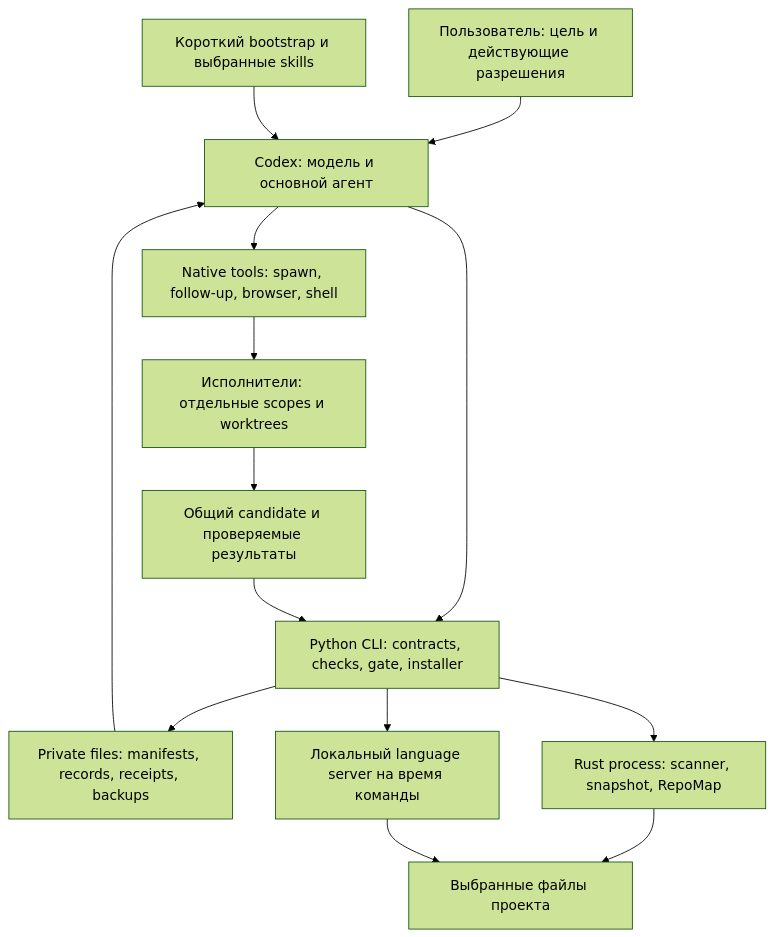
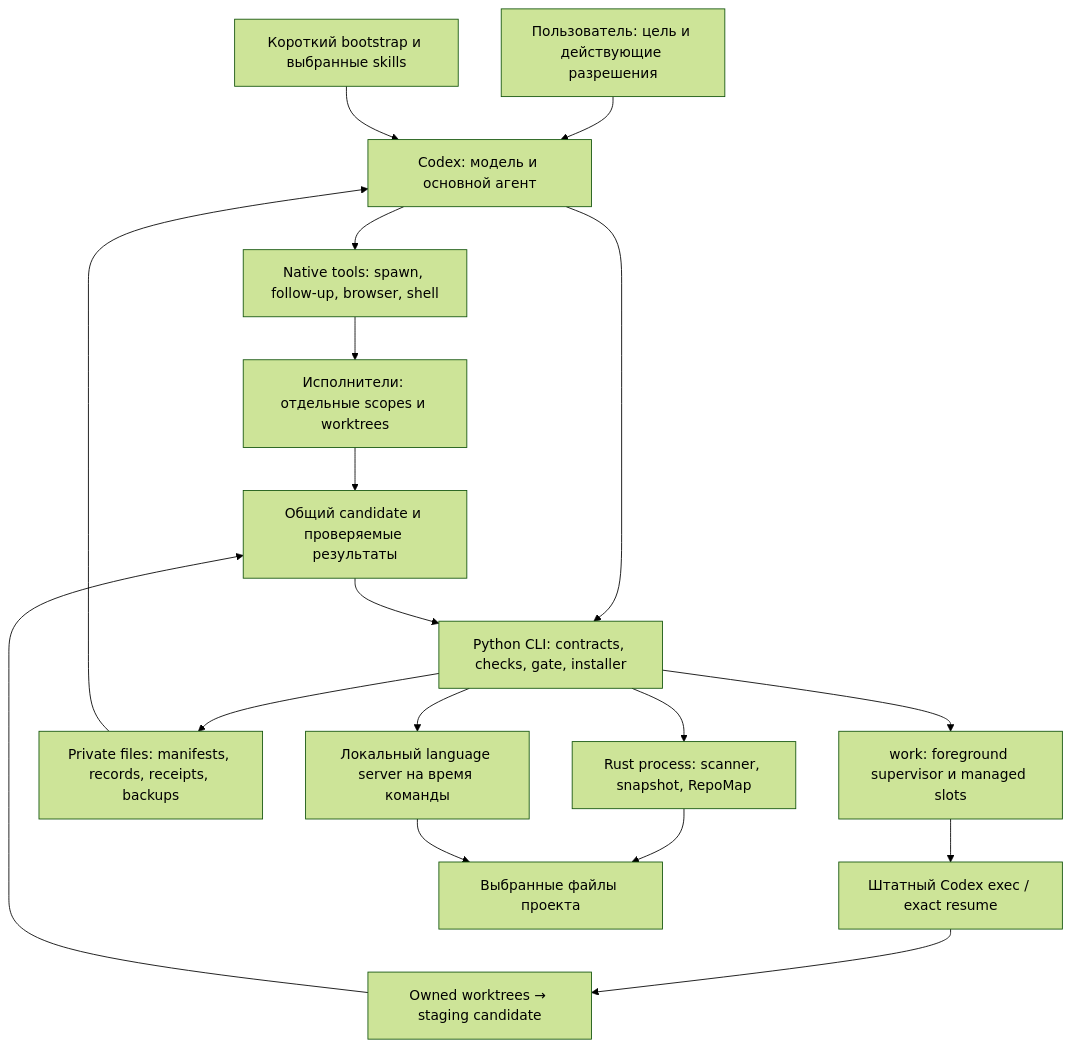
One commit to SUKUNA-AI/agent-harness changed the first of 4 diagrams in docs/ARCHITECTURE_RU.md. Above: the diagram before and after it, drawn with Mermaid (forest theme). The commit also changed other lines of this file and 60 other files, not shown here.

Commit message:
Refresh 1.5 guides and add editable draw.io diagram gallery

````diff
--- a/docs/ARCHITECTURE_RU.md
+++ b/docs/ARCHITECTURE_RU.md
@@ -20,16 +27,20 @@
 ```mermaid
 flowchart TD
     User["Пользователь: цель и действующие разрешения"] --> Codex["Codex: модель и основной агент"]
     Bootstrap["Короткий bootstrap и выбранные skills"] --> Codex
     Codex --> NativeTools["Native tools: spawn, follow-up, browser, shell"]
     NativeTools --> Owners["Исполнители: отдельные scopes и worktrees"]
     Owners --> Candidate["Общий candidate и проверяемые результаты"]
     Codex --> CLI["Python CLI: contracts, checks, gate, installer"]
+    CLI --> Work["work: foreground supervisor и managed slots"]
+    Work --> Exec["Штатный Codex exec / exact resume"]
+    Exec --> Managed["Owned worktrees → staging candidate"]
+    Managed --> Candidate
     CLI --> State["Private files: manifests, records, receipts, backups"]
     CLI --> Rust["Rust process: scanner, snapshot, RepoMap"]
     CLI --> LSP["Локальный language server на время команды"]
     Rust --> Source["Выбранные файлы проекта"]
     LSP --> Source
     Candidate --> CLI
     State --> Codex
 ```
````
